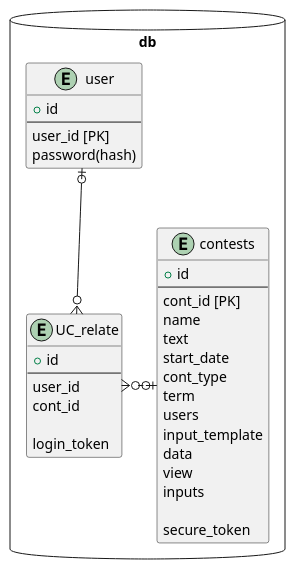
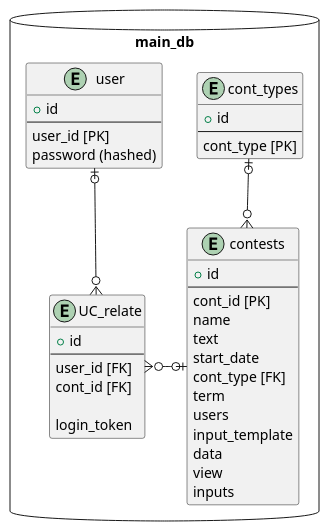
The diagram in doc/uml/table.pu (seser1/apiCont), drawn with PlantUML before and after one commit. The commit also changed 5 other files, not shown here.

```diff
--- a/doc/uml/table.pu
+++ b/doc/uml/table.pu
@@ -1,47 +1,51 @@
 @startuml table
 
 
-package db as ext <<Database>> {
+package main_db as ext <<Database>> {
 
   entity contests {
     + id
     --
     cont_id [PK]
     name
     text
     start_date
-    cont_type
+    cont_type [FK]
     term
     users
     input_template
     data
     view
     inputs
-
-    secure_token
   }
 
 
   entity UC_relate {
     + id
     --
-    user_id
-    cont_id
+    user_id [FK]
+    cont_id [FK]
 
     login_token
   }
 
   entity user {
     + id
     --
     user_id [PK]
-    password(hash)
+    password (hashed)
+  }
+
+  entity cont_types {
+  + id
+  --
+  cont_type [PK]
   }
 }
 
 
 user |o--o{ UC_relate
 UC_relate }o-ri-o| contests
-
+cont_types |o--o{ contests
 
 @enduml
```
